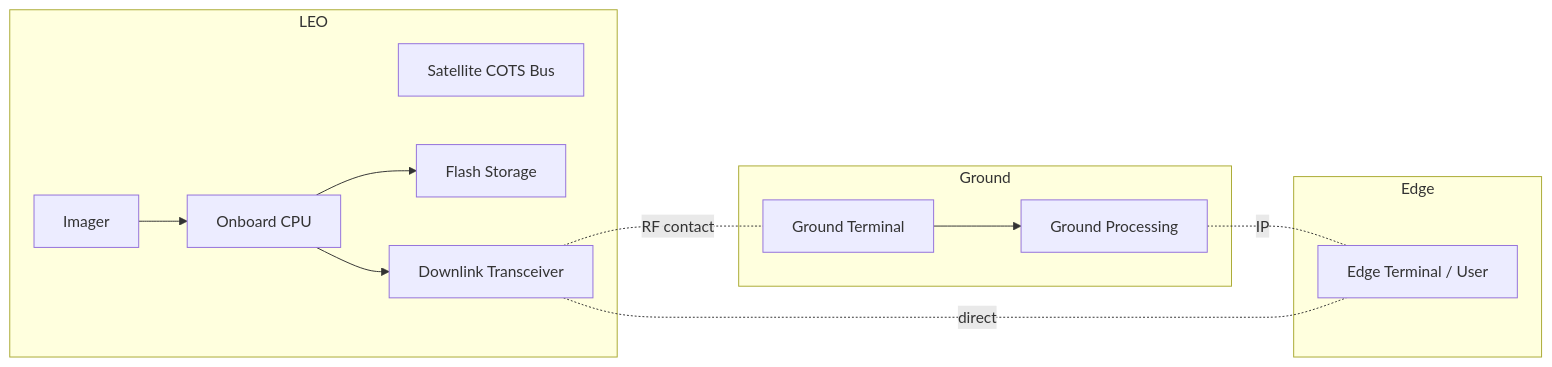
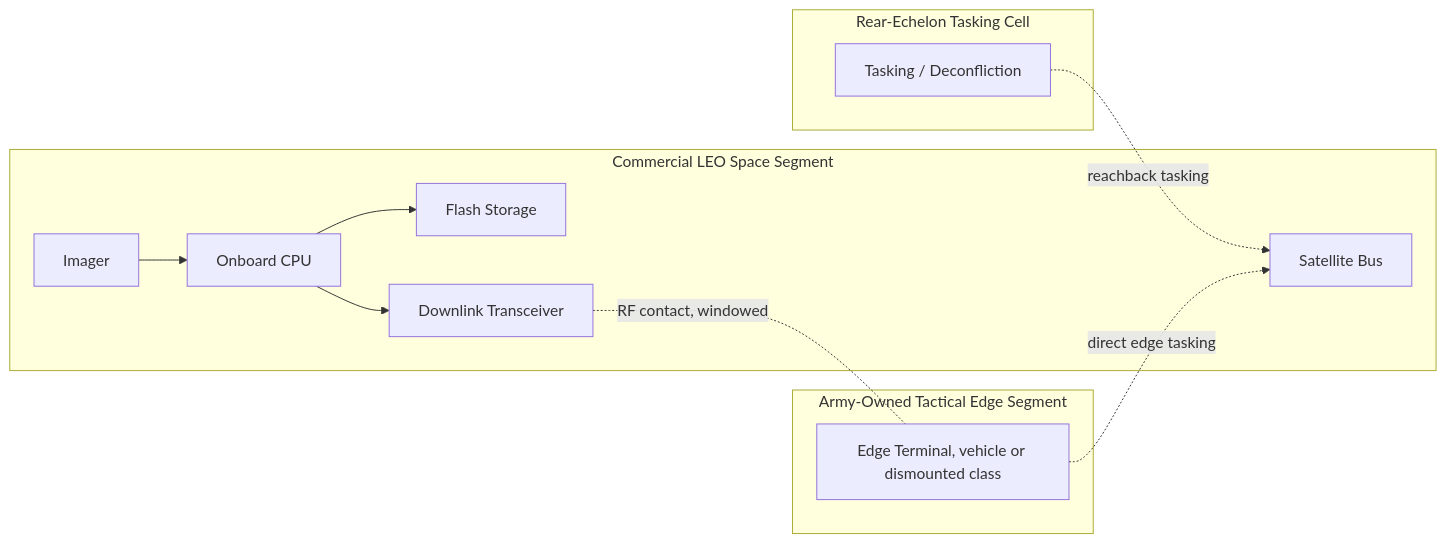
Before and after one commit to noahstephenson/leo-edge-architecture: the seventh of 7 diagrams in docs/ARCHITECTURE_VIEWS.md, drawn with Mermaid. The commit also changed other lines of this file and 4 other files, not shown here.

````diff
--- a/docs/ARCHITECTURE_VIEWS.md
+++ b/docs/ARCHITECTURE_VIEWS.md
@@ -222,27 +228,25 @@
 ```mermaid
 graph LR
-    subgraph LEO
-        SAT[Satellite COTS Bus]
+    subgraph CommercialSpaceSegment [Commercial LEO Space Segment]
+        SAT[Satellite Bus]
         CAM[Imager]
         CPU[Onboard CPU]
         MEM[Flash Storage]
         TX[Downlink Transceiver]
     end
 
-    subgraph Ground
-        GS[Ground Terminal]
-        GW[Ground Processing]
+    subgraph RearEchelon [Rear-Echelon Tasking Cell]
+        TASK[Tasking / Deconfliction]
     end
 
-    subgraph Edge
-        EDGE[Edge Terminal / User]
+    subgraph ArmyEdge [Army-Owned Tactical Edge Segment]
+        TERM[Edge Terminal, vehicle or dismounted class]
     end
 
     CAM --> CPU
     CPU --> MEM
     CPU --> TX
-    TX -.RF contact.- GS
-    GS --> GW
-    GW -.IP.- EDGE
-    TX -.direct.- EDGE
+    TASK -.reachback tasking.-> SAT
+    TERM -.direct edge tasking.-> SAT
+    TX -.RF contact, windowed.- TERM
 ```
````
